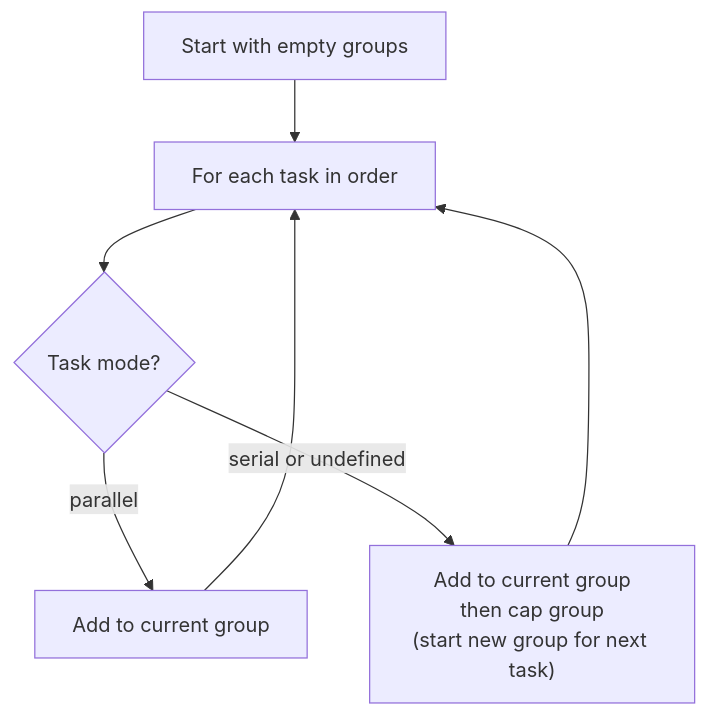
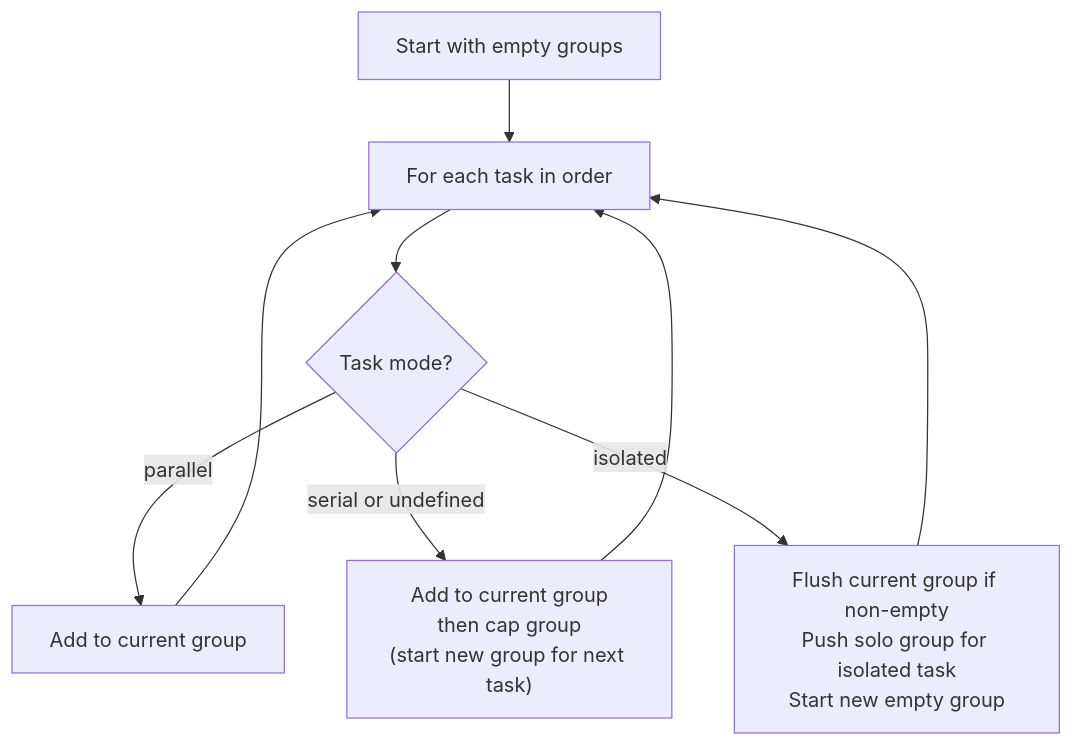
One commit to PatrickRuddiman/Dispatch changed the second of 2 diagrams in docs/testing/parser-tests.md. Above: the diagram before and after it, drawn with Mermaid. The commit also changed other lines of this file and 51 other files, not shown here.

````diff
--- a/docs/testing/parser-tests.md
+++ b/docs/testing/parser-tests.md
@@ -187,9 +196,11 @@
 ```mermaid
 flowchart TD
     A["Start with empty groups"] --> B["For each task in order"]
     B --> C{"Task mode?"}
     C -->|parallel| D["Add to current group"]
     C -->|serial or undefined| E["Add to current group<br/>then cap group<br/>(start new group for next task)"]
+    C -->|isolated| F["Flush current group if non-empty<br/>Push solo group for isolated task<br/>Start new empty group"]
     D --> B
     E --> B
+    F --> B
 ```
````
